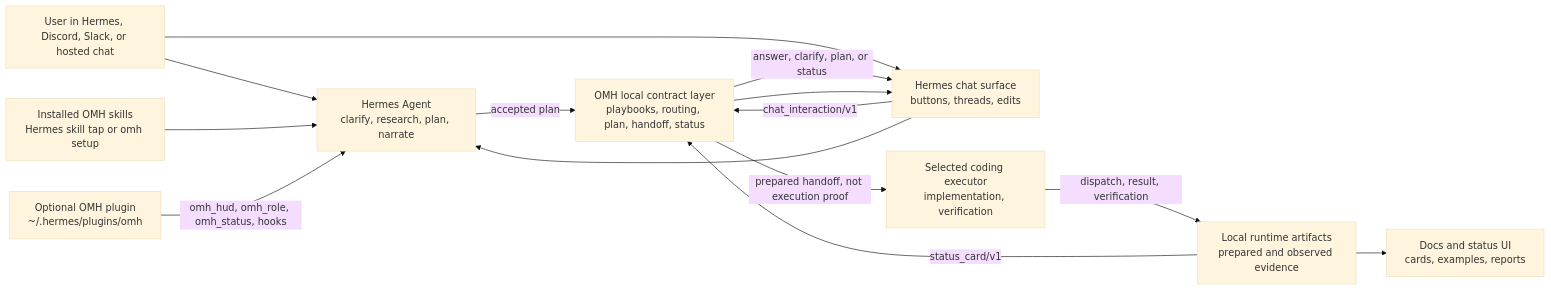
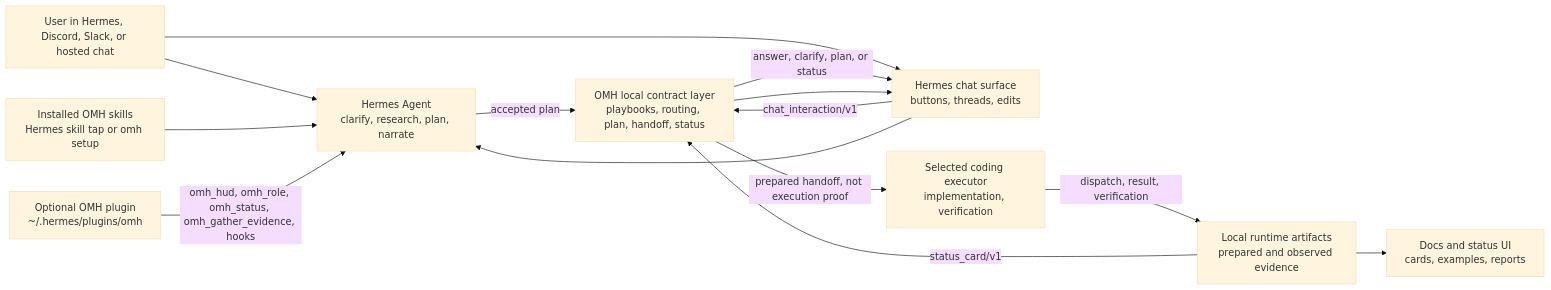
The diagram in docs/ARCHITECTURE.md (rlaope/oh-my-hermes), drawn with Mermaid (base theme) before and after one commit. The commit also changed other lines of this file and 11 other files, not shown here.

````diff
--- a/docs/ARCHITECTURE.md
+++ b/docs/ARCHITECTURE.md
@@ -30,26 +30,26 @@
 ```mermaid
 flowchart LR
   user["User in Hermes, Discord, Slack, or hosted chat"]
   skills["Installed OMH skills\nHermes skill tap or omh setup"]
   plugin["Optional OMH plugin\n~/.hermes/plugins/omh"]
   wrapper["Hermes chat surface\nbuttons, threads, edits"]
   omh["OMH local contract layer\nplaybooks, routing, plan, handoff, status"]
   hermes["Hermes Agent\nclarify, research, plan, narrate"]
   executor["Selected coding executor\nimplementation, verification"]
   runtime["Local runtime artifacts\nprepared and observed evidence"]
   site["Docs and status UI\ncards, examples, reports"]
 
   user --> hermes
   skills --> hermes
-  plugin -->|"omh_hud, omh_role, omh_status, hooks"| hermes
+  plugin -->|"omh_hud, omh_role, omh_status, omh_gather_evidence, hooks"| hermes
   user --> wrapper
   wrapper -->|"chat_interaction/v1"| omh
   omh -->|"answer, clarify, plan, or status"| wrapper
   wrapper --> hermes
   hermes -->|"accepted plan"| omh
   omh -->|"prepared handoff, not execution proof"| executor
   executor -->|"dispatch, result, verification"| runtime
   runtime -->|"status_card/v1"| omh
   omh --> wrapper
   runtime --> site
 ```
````
